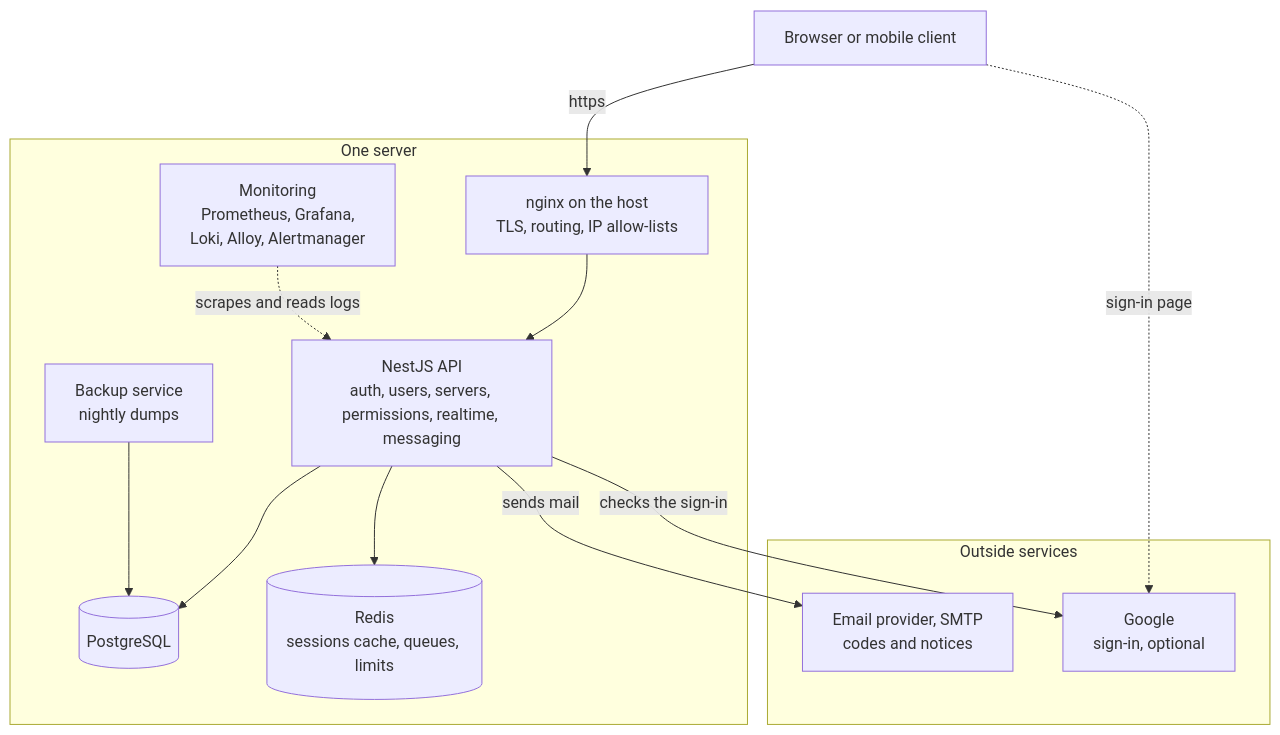
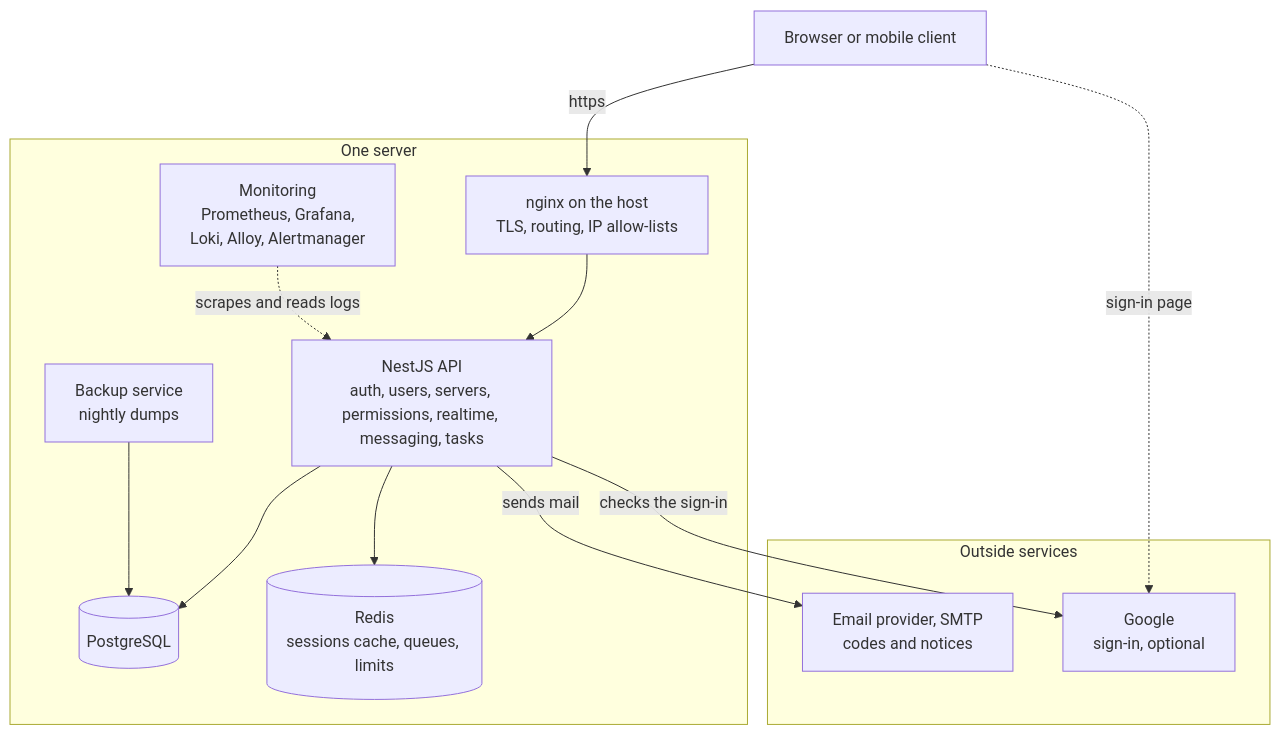
Before and after one commit to StoriuSs/NezFocus-Backend: the first of 5 diagrams in OVERVIEW.md, drawn with Mermaid. The commit also changed other lines of this file and 96 other files, not shown here.

````diff
--- a/OVERVIEW.md
+++ b/OVERVIEW.md
@@ -75,28 +75,28 @@
 ```mermaid
 flowchart TB
     Browser["Browser or mobile client"]
 
     subgraph stack["One server"]
         Nginx["nginx on the host<br/>TLS, routing, IP allow-lists"]
-        App["NestJS API<br/>auth, users, servers, permissions, realtime, messaging"]
+        App["NestJS API<br/>auth, users, servers, permissions, realtime, messaging, tasks"]
         PG[("PostgreSQL")]
         RD[("Redis<br/>sessions cache, queues, limits")]
         Backup["Backup service<br/>nightly dumps"]
         Mon["Monitoring<br/>Prometheus, Grafana,<br/>Loki, Alloy, Alertmanager"]
     end
 
     subgraph outside["Outside services"]
         SMTP["Email provider, SMTP<br/>codes and notices"]
         Google["Google<br/>sign-in, optional"]
     end
 
     Browser -->|https| Nginx
     Browser -.->|sign-in page| Google
     Nginx --> App
     App --> PG
     App --> RD
     App -->|sends mail| SMTP
     App -->|checks the sign-in| Google
     Backup --> PG
     Mon -.->|scrapes and reads logs| App
 ```
````
